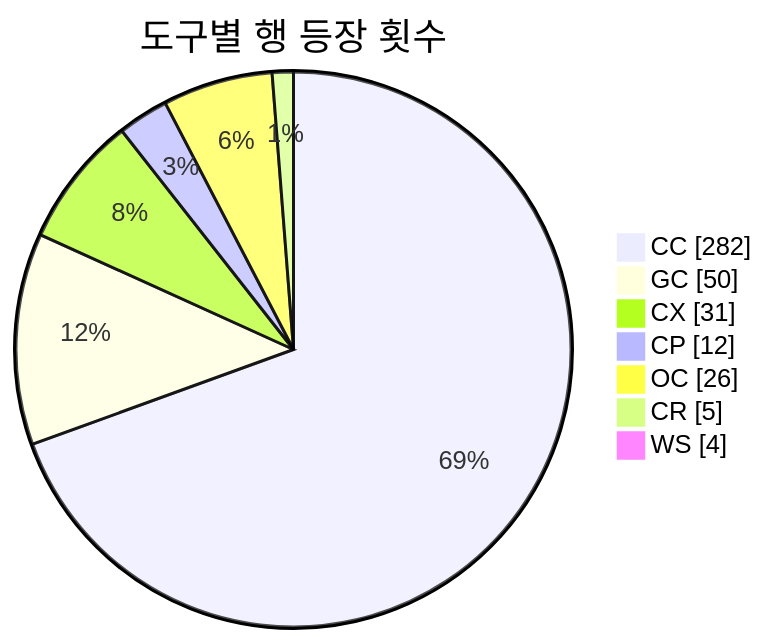
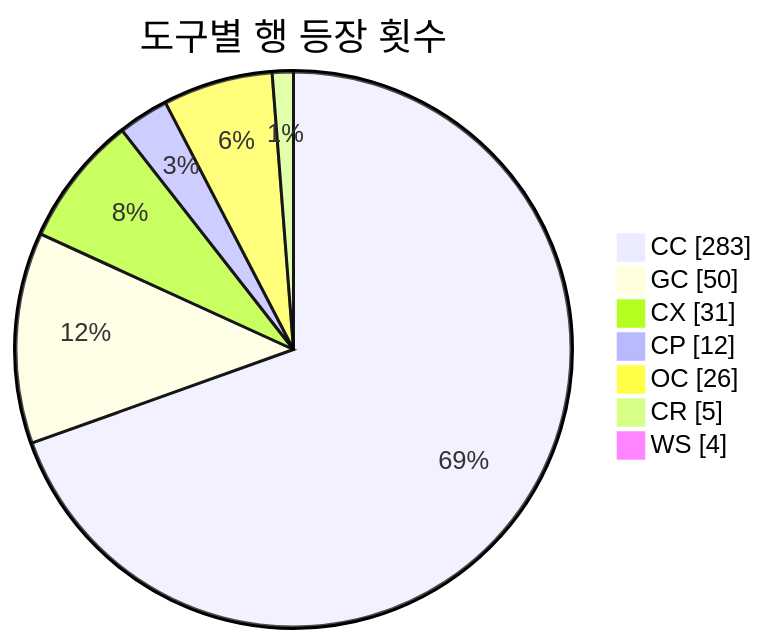
One commit to J-nowcow/awesome-korean-agent-skills changed the second of 3 diagrams in README.md. Above: the diagram before and after it, drawn with Mermaid. The commit also changed other lines of this file and 3 other files, not shown here.

````diff
--- a/README.md
+++ b/README.md
@@ -193,11 +193,11 @@
 ```mermaid
 pie showData
     title 도구별 행 등장 횟수
-    "CC" : 282
+    "CC" : 283
     "GC" : 50
     "CX" : 31
     "CP" : 12
     "OC" : 26
     "CR" : 5
     "WS" : 4
 ```
````
